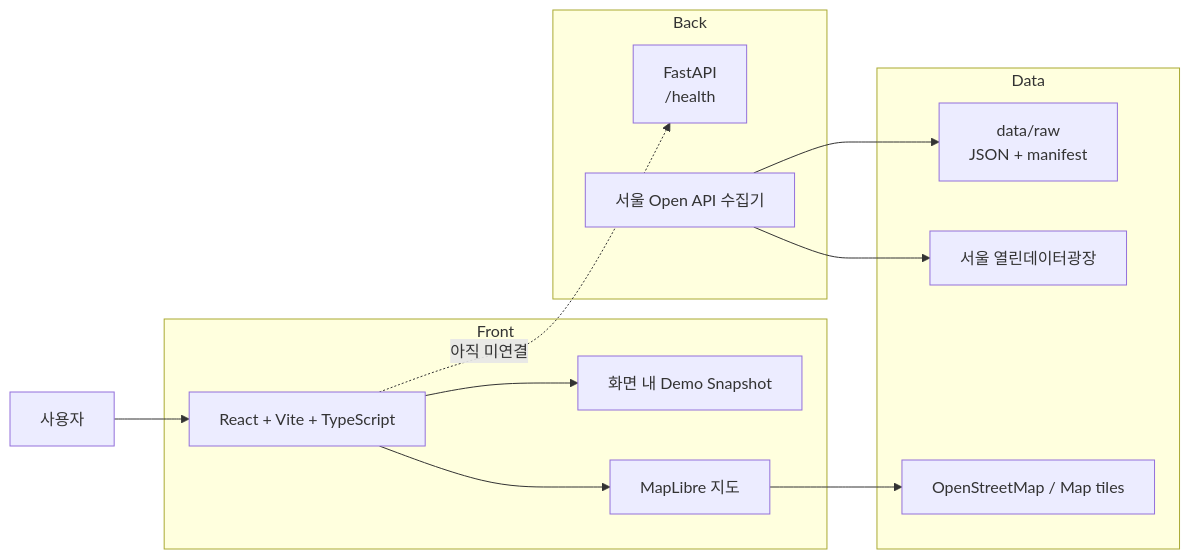
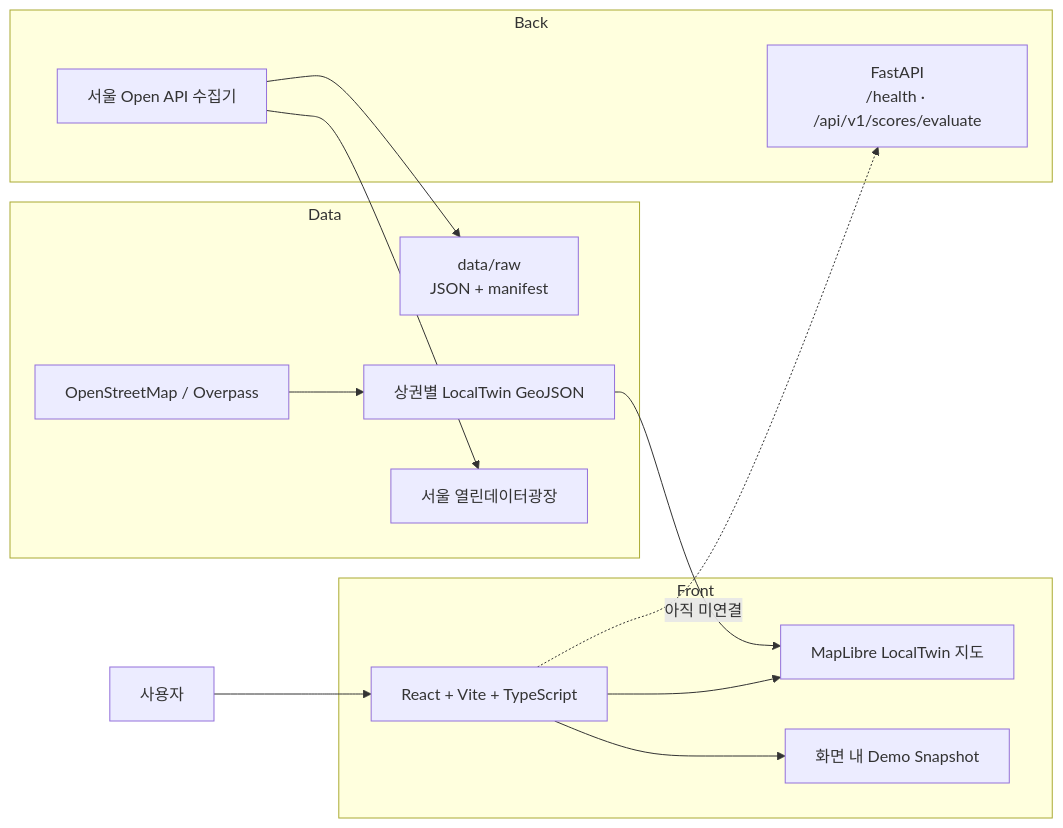
The first of 2 diagrams in docs/development/architecture.md (Mureung1/hub-showcase), drawn with Mermaid before and after one commit. The commit also changed other lines of this file and 3 other files, not shown here.

First line of the commit message:
docs(map): document the LocalTwin map pipeline

````diff
--- a/docs/development/architecture.md
+++ b/docs/development/architecture.md
@@ -18,29 +18,30 @@
 ```mermaid
 flowchart LR
   user["사용자"]
 
   subgraph front["Front"]
     web["React + Vite + TypeScript"]
-    map["MapLibre 지도"]
+    map["MapLibre LocalTwin 지도"]
     demo["화면 내 Demo Snapshot"]
   end
 
   subgraph back["Back"]
-    api["FastAPI\n/health"]
+    api["FastAPI\n/health · /api/v1/scores/evaluate"]
     collector["서울 Open API 수집기"]
   end
 
   subgraph data["Data"]
     raw["data/raw\nJSON + manifest"]
-    osm["OpenStreetMap / Map tiles"]
+    osm["OpenStreetMap / Overpass"]
+    mapdata["상권별 LocalTwin GeoJSON"]
     seoul["서울 열린데이터광장"]
   end
 
   user --> web
   web --> map
   web --> demo
-  map --> osm
+  osm --> mapdata --> map
   web -. "아직 미연결" .-> api
   collector --> seoul
   collector --> raw
 ```
````
